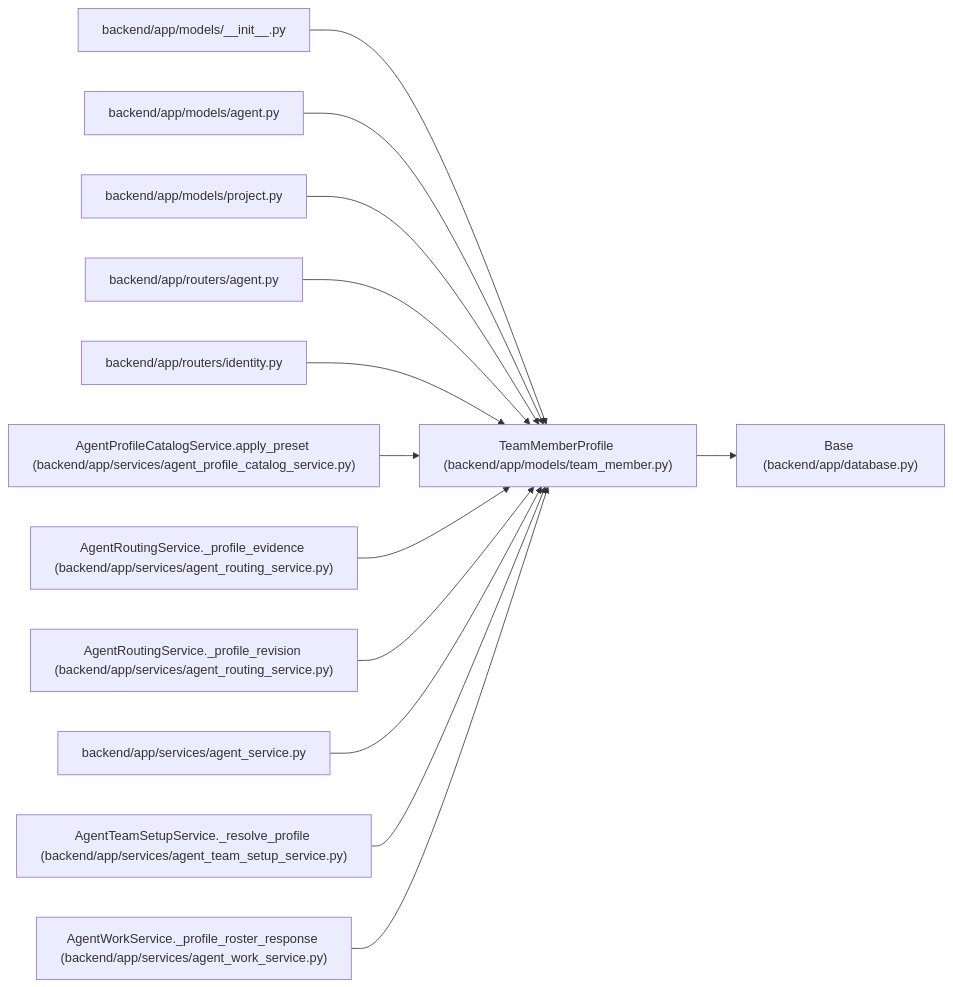
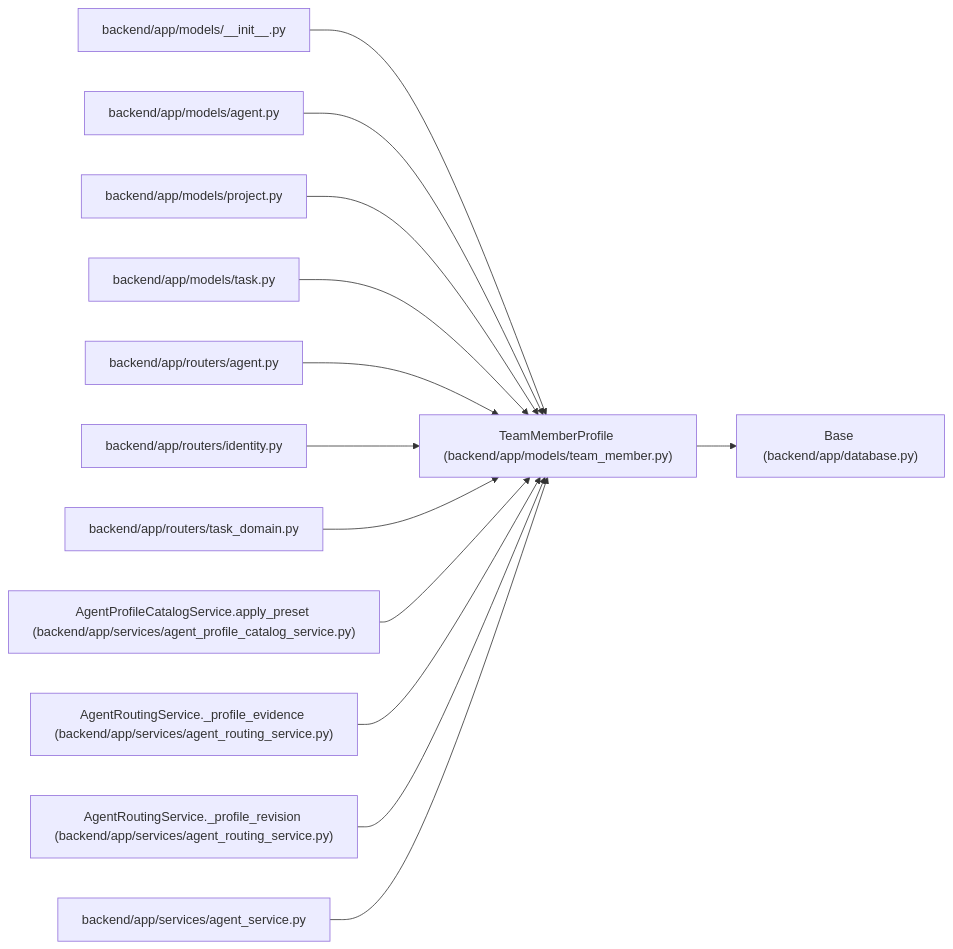
The diagram in docs/llm_wiki/entities/team_member_TeamMemberProfile.md (Denissvgn/WorkChord), drawn with Mermaid before and after one commit. The commit also changed other lines of this file and 1238 other files, not shown here.

First line of the commit message:
docs(wiki): publish compact canonical domain architecture

````diff
--- a/docs/llm_wiki/entities/team_member_TeamMemberProfile.md
+++ b/docs/llm_wiki/entities/team_member_TeamMemberProfile.md
@@ -41,41 +41,41 @@
 ```mermaid
 flowchart LR
     n0["TeamMemberProfile (backend/app/models/team_member.py)"]
     n1["Base (backend/app/database.py)"]
     n2["backend/app/models/__init__.py"]
     n3["backend/app/models/agent.py"]
     n4["backend/app/models/project.py"]
-    n5["backend/app/routers/agent.py"]
-    n6["backend/app/routers/identity.py"]
-    n7["AgentProfileCatalogService.apply_preset (backend/app/services/agent_profile_catalog_service.py)"]
-    n8["AgentRoutingService._profile_evidence (backend/app/services/agent_routing_service.py)"]
-    n9["AgentRoutingService._profile_revision (backend/app/services/agent_routing_service.py)"]
-    n10["backend/app/services/agent_service.py"]
-    n11["AgentTeamSetupService._resolve_profile (backend/app/services/agent_team_setup_service.py)"]
-    n12["AgentWorkService._profile_roster_response (backend/app/services/agent_work_service.py)"]
+    n5["backend/app/models/task.py"]
+    n6["backend/app/routers/agent.py"]
+    n7["backend/app/routers/identity.py"]
+    n8["backend/app/routers/task_domain.py"]
+    n9["AgentProfileCatalogService.apply_preset (backend/app/services/agent_profile_catalog_service.py)"]
+    n10["AgentRoutingService._profile_evidence (backend/app/services/agent_routing_service.py)"]
+    n11["AgentRoutingService._profile_revision (backend/app/services/agent_routing_service.py)"]
+    n12["backend/app/services/agent_service.py"]
     n0 --> n1
     n2 --> n0
     n3 --> n0
     n4 --> n0
     n5 --> n0
     n6 --> n0
     n7 --> n0
     n8 --> n0
     n9 --> n0
     n10 --> n0
     n11 --> n0
     n12 --> n0
     click n0 "../modules/team_member.md"
     click n1 "../modules/app_database.md"
     click n2 "../modules/models___init__.md"
     click n3 "../modules/models_agent.md"
     click n4 "../modules/models_project.md"
-    click n5 "../modules/routers_agent.md"
-    click n6 "../modules/routers_identity.md"
-    click n7 "../modules/agent_profile_catalog_service.md"
-    click n8 "../modules/agent_routing_service.md"
-    click n9 "../modules/agent_routing_service.md"
-    click n10 "../modules/agent_service.md"
-    click n11 "../modules/agent_team_setup_service.md"
-    click n12 "../modules/agent_work_service.md"
+    click n5 "../modules/models_task.md"
+    click n6 "../modules/routers_agent.md"
+    click n7 "../modules/routers_identity.md"
+    click n8 "../modules/routers_task_domain.md"
+    click n9 "../modules/agent_profile_catalog_service.md"
+    click n10 "../modules/agent_routing_service.md"
+    click n11 "../modules/agent_routing_service.md"
+    click n12 "../modules/agent_service.md"
 ```
````
